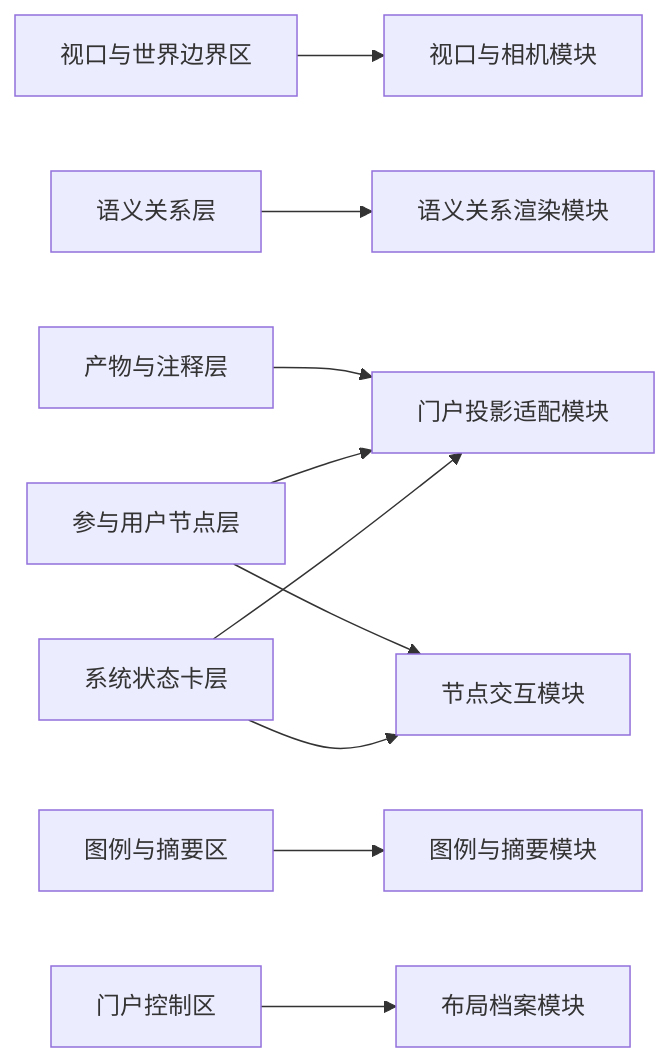
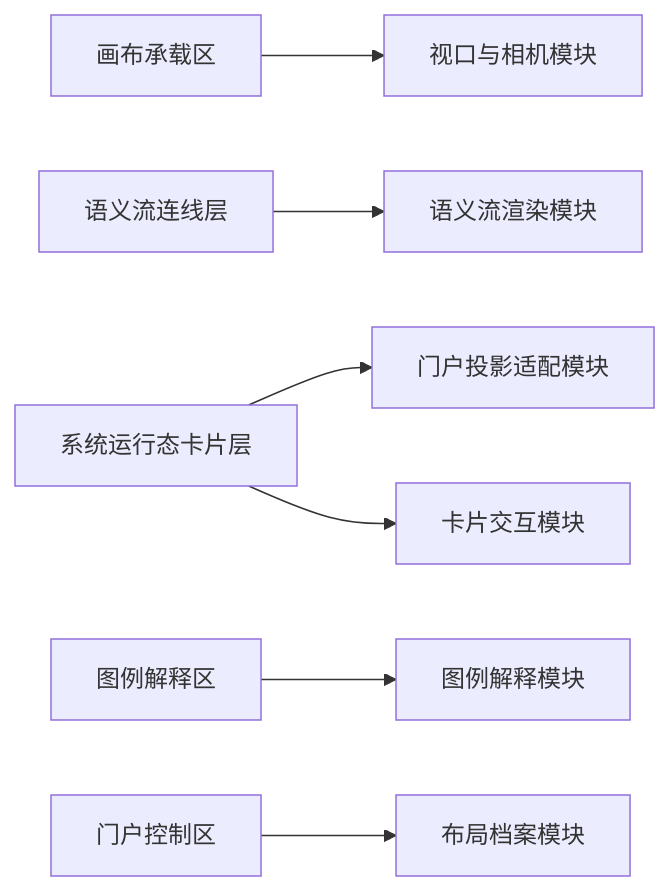
The fourth of 4 diagrams in DOC/CODEX_DOC/02_设计说明/P6_门户与平台入口/P6.1-首屏观察门户设计.md (wgwtest/CodeFactoryV2), drawn with Mermaid before and after one commit. The commit also changed other lines of this file and 94 other files, not shown here.

````diff
--- a/DOC/CODEX_DOC/02_设计说明/P6_门户与平台入口/P6.1-首屏观察门户设计.md
+++ b/DOC/CODEX_DOC/02_设计说明/P6_门户与平台入口/P6.1-首屏观察门户设计.md
@@ -568,12 +692,9 @@
 ```mermaid
 flowchart LR
-    V1["视口与世界边界区"] --> M2["视口与相机模块"]
-    V2["语义关系层"] --> M4["语义关系渲染模块"]
-    V3["系统状态卡层"] --> M1["门户投影适配模块"]
-    V3 --> M5["节点交互模块"]
-    V4["参与用户节点层"] --> M1
-    V4 --> M5
-    V5["产物与注释层"] --> M1
-    V6["图例与摘要区"] --> M6["图例与摘要模块"]
-    V7["门户控制区"] --> M3["布局档案模块"]
+    V1["画布承载区"] --> M2["视口与相机模块"]
+    V2["语义流连线层"] --> M4["语义流渲染模块"]
+    V3["系统运行态卡片层"] --> M1["门户投影适配模块"]
+    V3 --> M5["卡片交互模块"]
+    V4["图例解释区"] --> M6["图例解释模块"]
+    V5["门户控制区"] --> M3["布局档案模块"]
 ```
````
